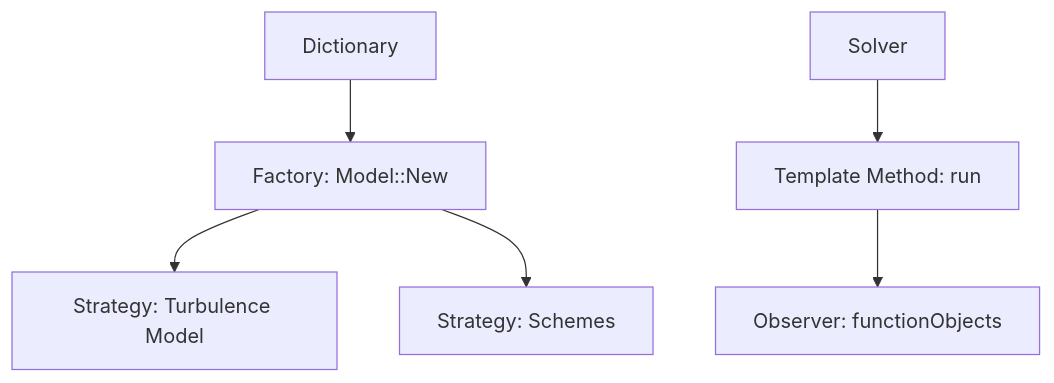
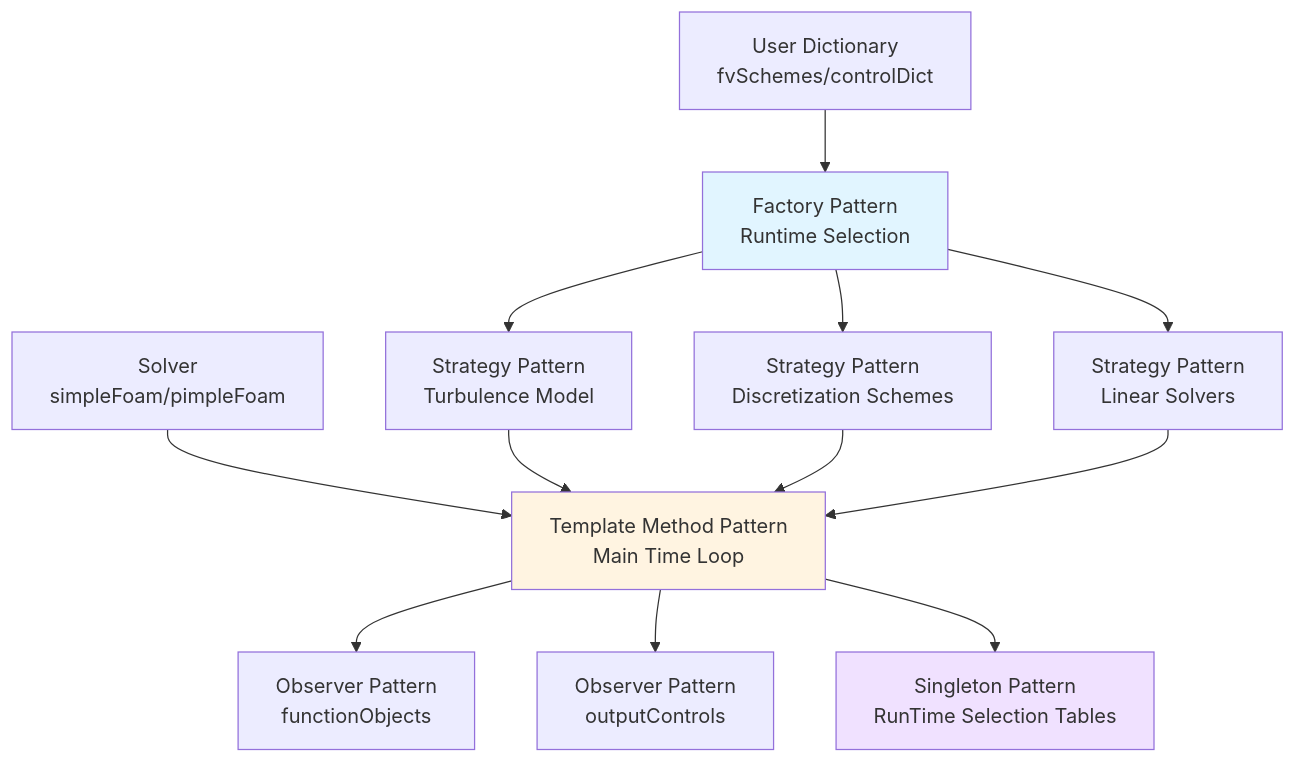
One commit to wramet/build-my-cfd changed the diagram in MODULE_09_ADVANCED_TOPICS/CONTENT/03_DESIGN_PATTERNS/04_Pattern_Synergy.md. Above: the diagram before and after it, drawn with Mermaid. The commit also changed other lines of this file and 203 other files, not shown here.

````diff
--- a/MODULE_09_ADVANCED_TOPICS/CONTENT/03_DESIGN_PATTERNS/04_Pattern_Synergy.md
+++ b/MODULE_09_ADVANCED_TOPICS/CONTENT/03_DESIGN_PATTERNS/04_Pattern_Synergy.md
@@ -65,8 +348,23 @@
 ```mermaid
 flowchart TD
-    A[Dictionary] --> B[Factory: Model::New]
-    B --> C[Strategy: Turbulence Model]
-    B --> D[Strategy: Schemes]
-    E[Solver] --> F[Template Method: run]
-    F --> G[Observer: functionObjects]
+    A[User Dictionary<br/>fvSchemes/controlDict] --> B[Factory Pattern<br/>Runtime Selection]
+    
+    B --> C1[Strategy Pattern<br/>Turbulence Model]
+    B --> C2[Strategy Pattern<br/>Discretization Schemes]
+    B --> C3[Strategy Pattern<br/>Linear Solvers]
+    
+    D[Solver<br/>simpleFoam/pimpleFoam] --> E[Template Method Pattern<br/>Main Time Loop]
+    
+    E --> F1[Observer Pattern<br/>functionObjects]
+    E --> F2[Observer Pattern<br/>outputControls]
+    
+    C1 --> E
+    C2 --> E
+    C3 --> E
+    
+    E --> G[Singleton Pattern<br/>RunTime Selection Tables]
+    
+    style B fill:#e1f5ff
+    style E fill:#fff4e1
+    style G fill:#f0e1ff
 ```
````
